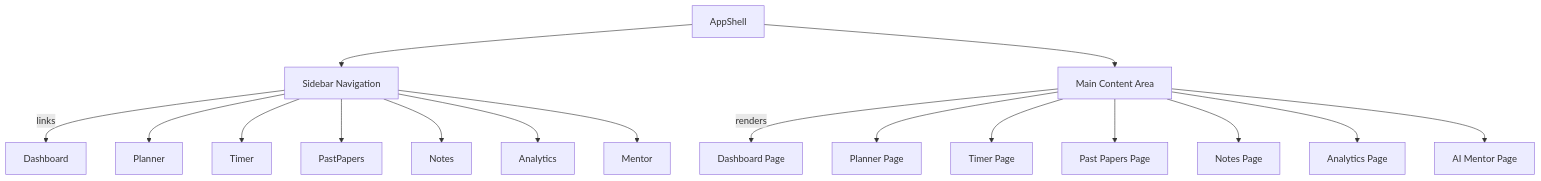
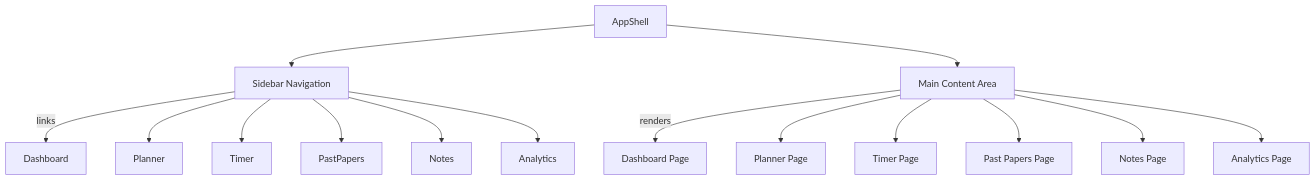
One commit to Mrmanwonder/Axon-Site changed the second of 2 diagrams in Axon Site.md. Above: the diagram before and after it, drawn with Mermaid. The commit also changed other lines of this file, not shown here.

Commit message:
Remove Mentor from legacy design specification

````diff
--- a/Axon Site.md
+++ b/Axon Site.md
@@ -132,19 +123,17 @@
 ```mermaid
 graph TD
     AppShell --> Sidebar[Sidebar Navigation]
     AppShell --> MainContent[Main Content Area]
     Sidebar -->|links| Dashboard
     Sidebar --> Planner
     Sidebar --> Timer
     Sidebar --> PastPapers
     Sidebar --> Notes
     Sidebar --> Analytics
-    Sidebar --> Mentor
     MainContent -->|renders| DashboardPage[Dashboard Page]
     MainContent --> PlannerPage[Planner Page]
     MainContent --> TimerPage[Timer Page]
     MainContent --> PastPapersPage[Past Papers Page]
     MainContent --> NotesPage[Notes Page]
     MainContent --> AnalyticsPage[Analytics Page]
-    MainContent --> MentorPage[AI Mentor Page]
 ```
````
